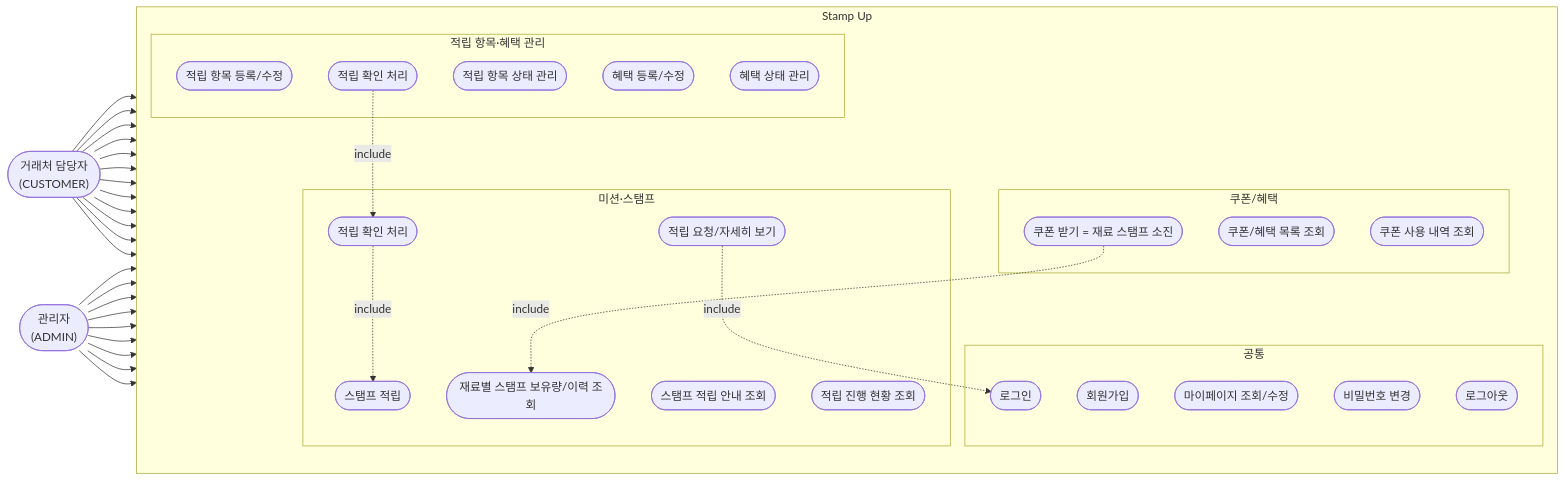
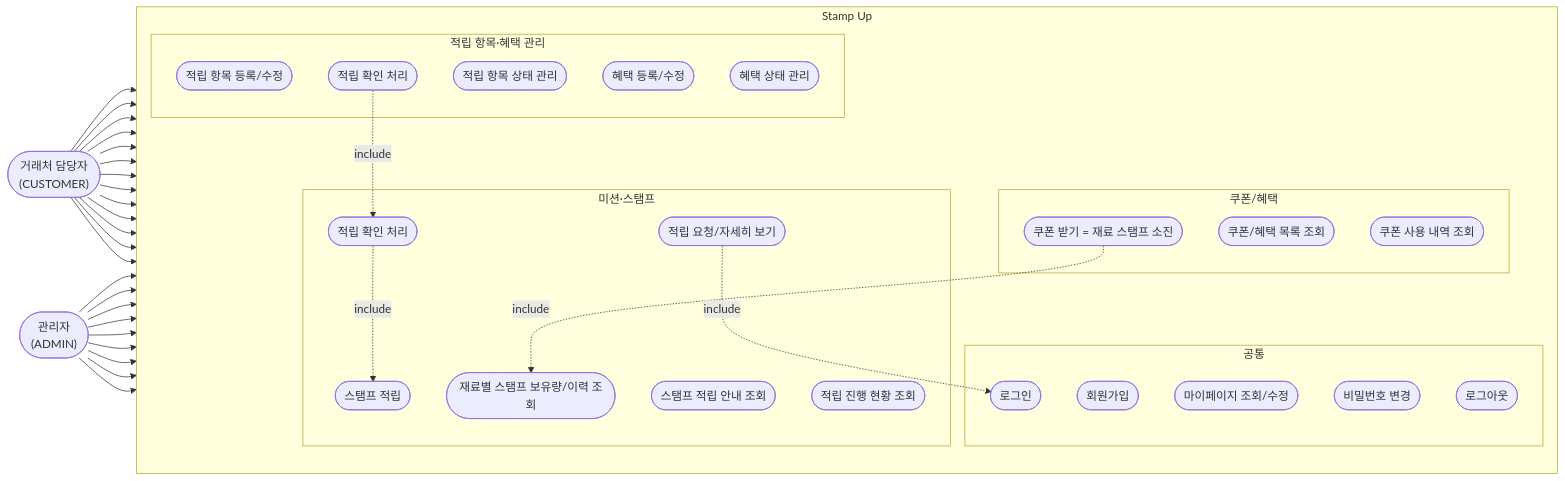
Before and after one commit to liah123/b2b-promo: the diagram in docs/2-usecase.md, drawn with Mermaid. The commit also changed other lines of this file and 6 other files, not shown here.

````diff
--- a/docs/2-usecase.md
+++ b/docs/2-usecase.md
@@ -7,68 +7,69 @@
 ```mermaid
 flowchart LR
     customer(["거래처 담당자<br/>(CUSTOMER)"])
     admin(["관리자<br/>(ADMIN)"])
 
     subgraph system["Stamp Up"]
         direction TB
 
         subgraph common["공통"]
             UC01([회원가입])
             UC02([로그인])
             UC03([마이페이지 조회/수정])
             UC04([비밀번호 변경])
             UC05([로그아웃])
         end
 
         subgraph mission["미션·스탬프"]
             UC10([스탬프 적립 안내 조회])
             UC11([적립 요청/자세히 보기])
             UC12([적립 진행 현황 조회])
             UC13([적립 확인 처리])
             UC14([스탬프 적립])
             UC15([재료별 스탬프 보유량/이력 조회])
         end
 
         subgraph reward["쿠폰/혜택"]
             UC20([쿠폰/혜택 목록 조회])
             UC21([쿠폰 받기 = 재료 스탬프 소진])
             UC22([쿠폰 사용 내역 조회])
         end
 
         subgraph adminOps["적립 항목·혜택 관리"]
             UC30([적립 항목 등록/수정])
             UC31([적립 항목 상태 관리])
             UC32([적립 확인 처리])
             UC33([혜택 등록/수정])
             UC34([혜택 상태 관리])
         end
     end
 
     customer --> UC01
     customer --> UC02
     customer --> UC03
     customer --> UC04
     customer --> UC05
     customer --> UC10
     customer --> UC11
     customer --> UC12
+    customer --> UC13
     customer --> UC15
     customer --> UC20
     customer --> UC21
     customer --> UC22
 
     admin --> UC02
     admin --> UC03
     admin --> UC04
     admin --> UC05
     admin --> UC30
     admin --> UC31
     admin --> UC32
     admin --> UC33
     admin --> UC34
 
     UC11 -. include .-> UC02
     UC13 -. include .-> UC14
     UC32 -. include .-> UC13
     UC21 -. include .-> UC15
 ```
````
